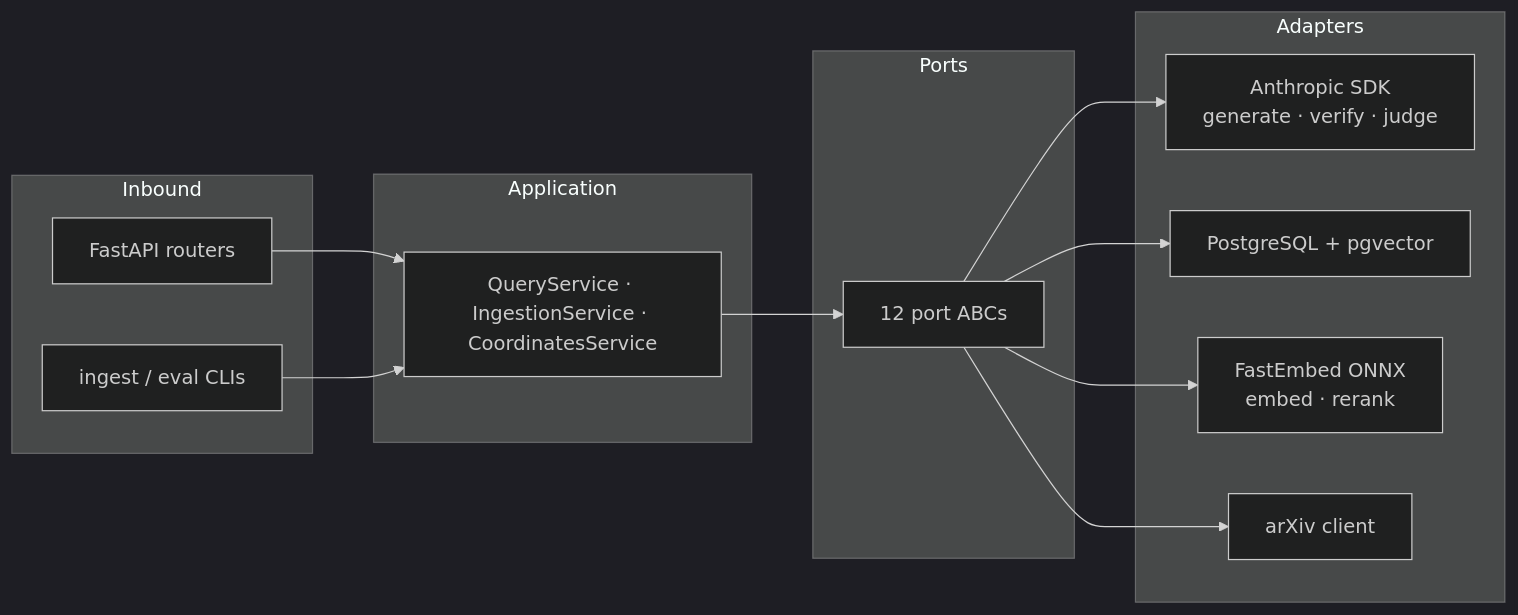
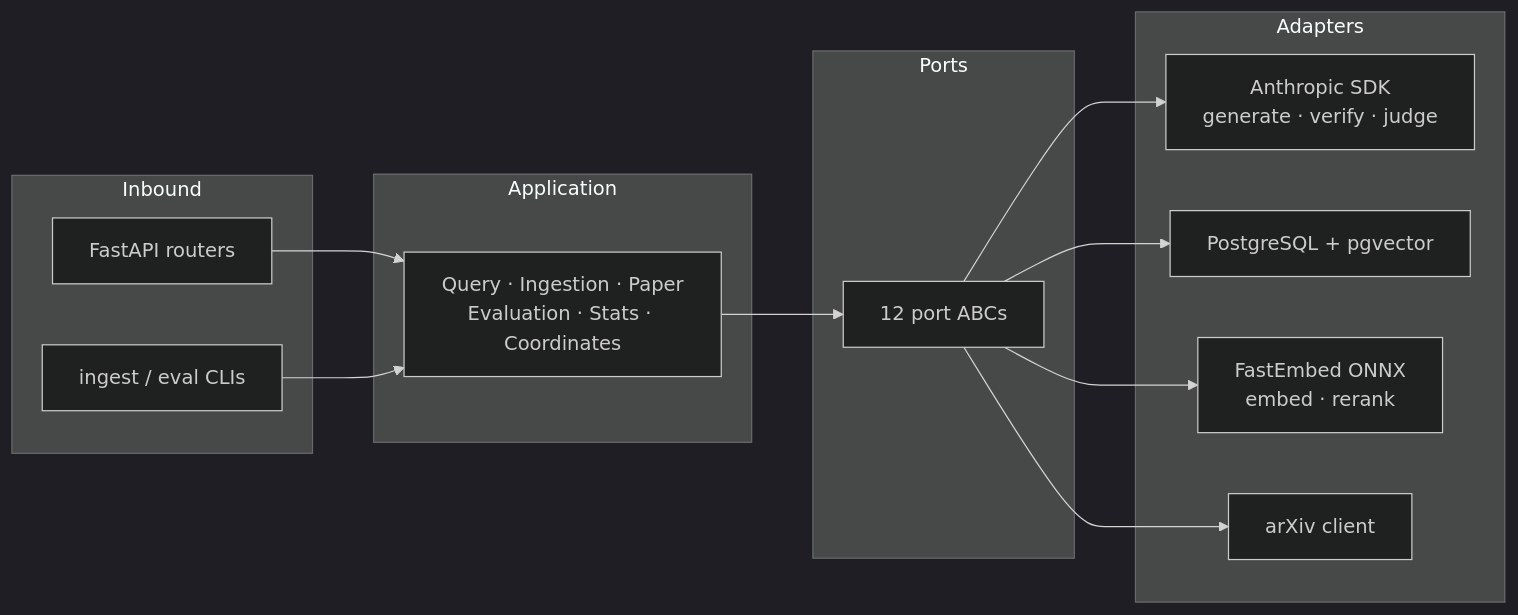
Before and after one commit to smz-exe/explain-rag: the first of 2 diagrams in README.md, drawn with Mermaid (dark theme). The commit also changed other lines of this file and 1 other file, not shown here.

````diff
--- a/README.md
+++ b/README.md
@@ -26,26 +28,26 @@
 ```mermaid
 flowchart LR
     subgraph Inbound
         HTTP[FastAPI routers]
         CLI[ingest / eval CLIs]
     end
     subgraph Application
-        SVC[QueryService · IngestionService · CoordinatesService]
+        SVC[Query · Ingestion · Paper<br>Evaluation · Stats · Coordinates]
     end
     subgraph Ports
         P[12 port ABCs]
     end
     subgraph Adapters
         LLM[Anthropic SDK<br>generate · verify · judge]
         VEC[PostgreSQL + pgvector]
         EMB[FastEmbed ONNX<br>embed · rerank]
         ARX[arXiv client]
     end
     HTTP --> SVC
     CLI --> SVC
     SVC --> P
     P --> LLM
     P --> VEC
     P --> EMB
     P --> ARX
 ```
````
